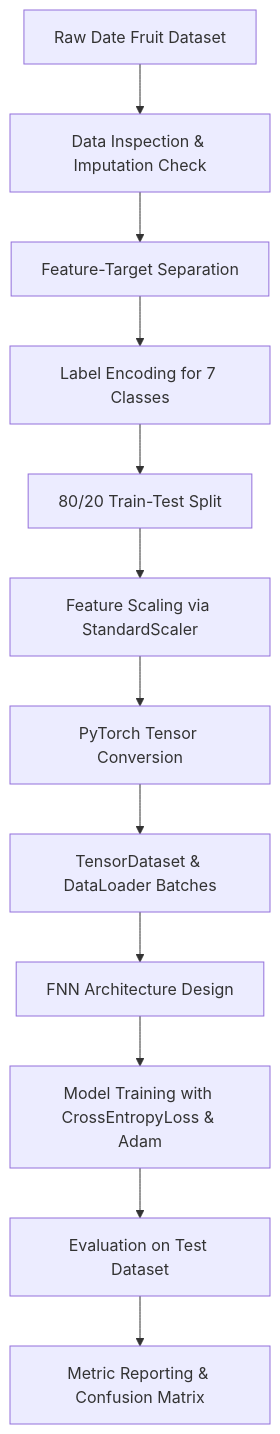
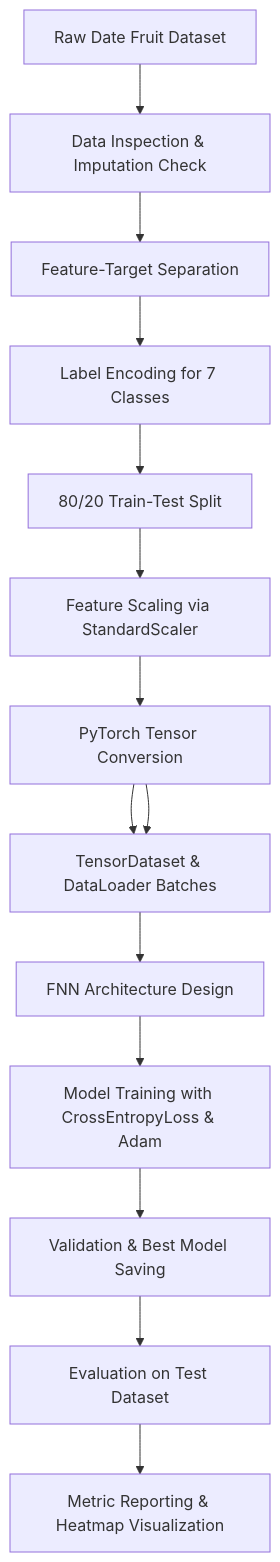
One commit to sanjaynayak1224/Feedforward_Neural_Networks_Date_Fruit_Category_Prediction changed the diagram in README.md. Above: the diagram before and after it, drawn with Mermaid. The commit also changed other lines of this file and 6 other files, not shown here.

````diff
--- a/README.md
+++ b/README.md
@@ -17,14 +38,16 @@
 ```mermaid
 graph TD
     A[Raw Date Fruit Dataset] --> B[Data Inspection & Imputation Check]
     B --> C[Feature-Target Separation]
     C --> D[Label Encoding for 7 Classes]
     D --> E[80/20 Train-Test Split]
     E --> F[Feature Scaling via StandardScaler]
     F --> G[PyTorch Tensor Conversion]
     G --> H[TensorDataset & DataLoader Batches]
+    G --> H[TensorDataset & DataLoader Batches]
     H --> I[FNN Architecture Design]
     I --> J[Model Training with CrossEntropyLoss & Adam]
-    J --> K[Evaluation on Test Dataset]
-    K --> L[Metric Reporting & Confusion Matrix]
+    J --> K[Validation & Best Model Saving]
+    K --> L[Evaluation on Test Dataset]
+    L --> M[Metric Reporting & Heatmap Visualization]
 ```
````
